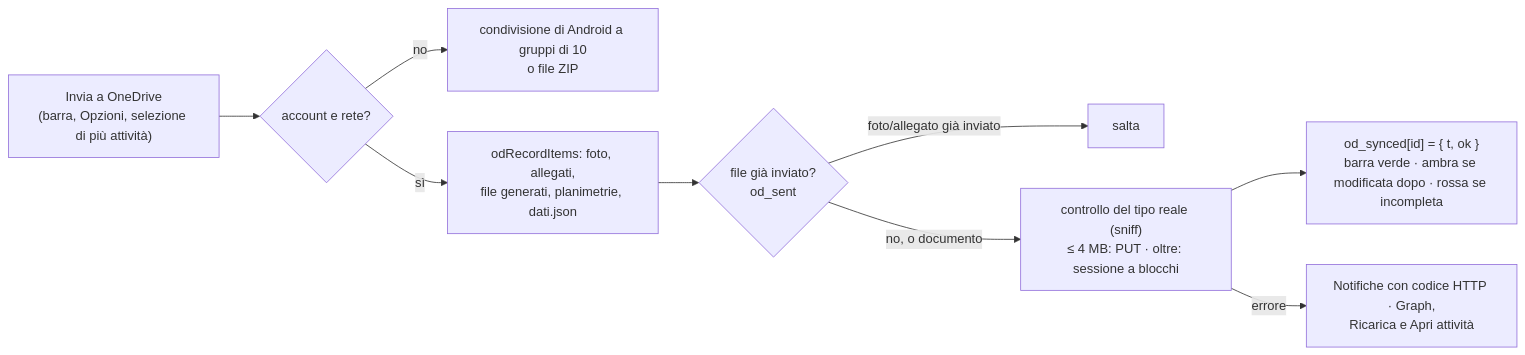
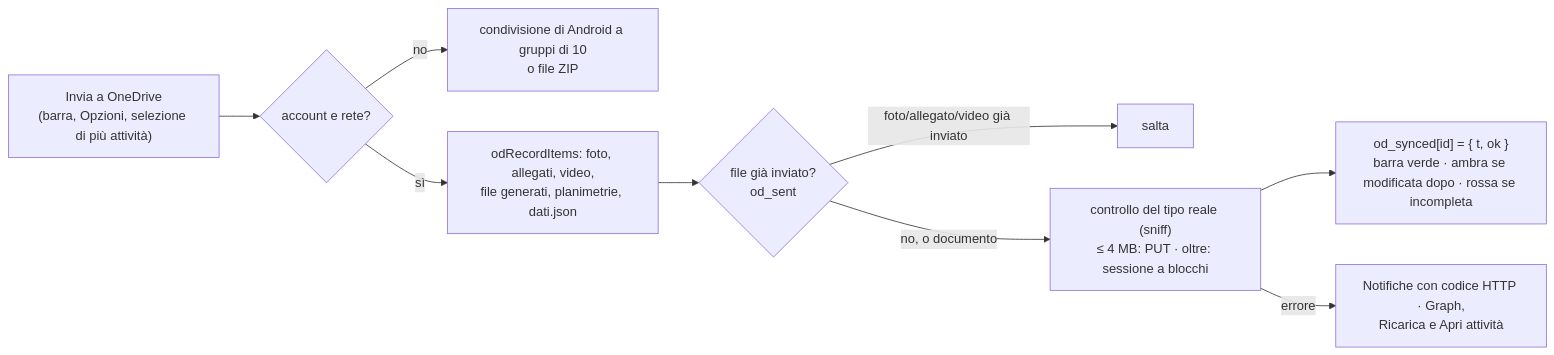
Before and after one commit to Waro/AppAmbiente: the third of 11 diagrams in docs/FLUSSI.md, drawn with Mermaid. The commit also changed other lines of this file and 28 other files, not shown here.

````diff
--- a/docs/FLUSSI.md
+++ b/docs/FLUSSI.md
@@ -58,11 +58,11 @@
 ```mermaid
 flowchart LR
   A["Invia a OneDrive<br/>(barra, Opzioni, selezione di più attività)"] --> B{account e rete?}
   B -- no --> Z["condivisione di Android a gruppi di 10<br/>o file ZIP"]
-  B -- sì --> C["odRecordItems: foto, allegati,<br/>file generati, planimetrie, dati.json"]
+  B -- sì --> C["odRecordItems: foto, allegati, video,<br/>file generati, planimetrie, dati.json"]
   C --> D{file già inviato?<br/>od_sent}
-  D -- foto/allegato già inviato --> E[salta]
+  D -- foto/allegato/video già inviato --> E[salta]
   D -- no, o documento --> F["controllo del tipo reale (sniff)<br/>≤ 4 MB: PUT · oltre: sessione a blocchi"]
   F --> G["od_synced[id] = { t, ok }<br/>barra verde · ambra se modificata dopo · rossa se incompleta"]
   F -- errore --> H["Notifiche con codice HTTP · Graph,<br/>Ricarica e Apri attività"]
 ```
````
